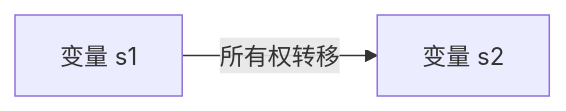
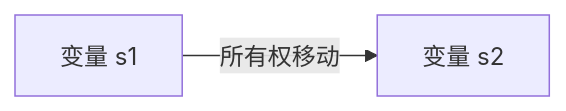
The first of 2 diagrams in formal_rust/refactor/01_core_theory/01_variable_system/11_template_and_quality_standard.md (martin-ly/rust-lang), drawn with Mermaid before and after one commit. The commit also changed other lines of this file and 5740 other files, not shown here.

````diff
--- a/formal_rust/refactor/01_core_theory/01_variable_system/11_template_and_quality_standard.md
+++ b/formal_rust/refactor/01_core_theory/01_variable_system/11_template_and_quality_standard.md
@@ -73,4 +73,4 @@
     ```mermaid
     graph LR
-      S1[变量 s1] -- 所有权转移 --> S2[变量 s2]
+      S1[变量 s1] -- 所有权移动 --> S2[变量 s2]
     ```
````
